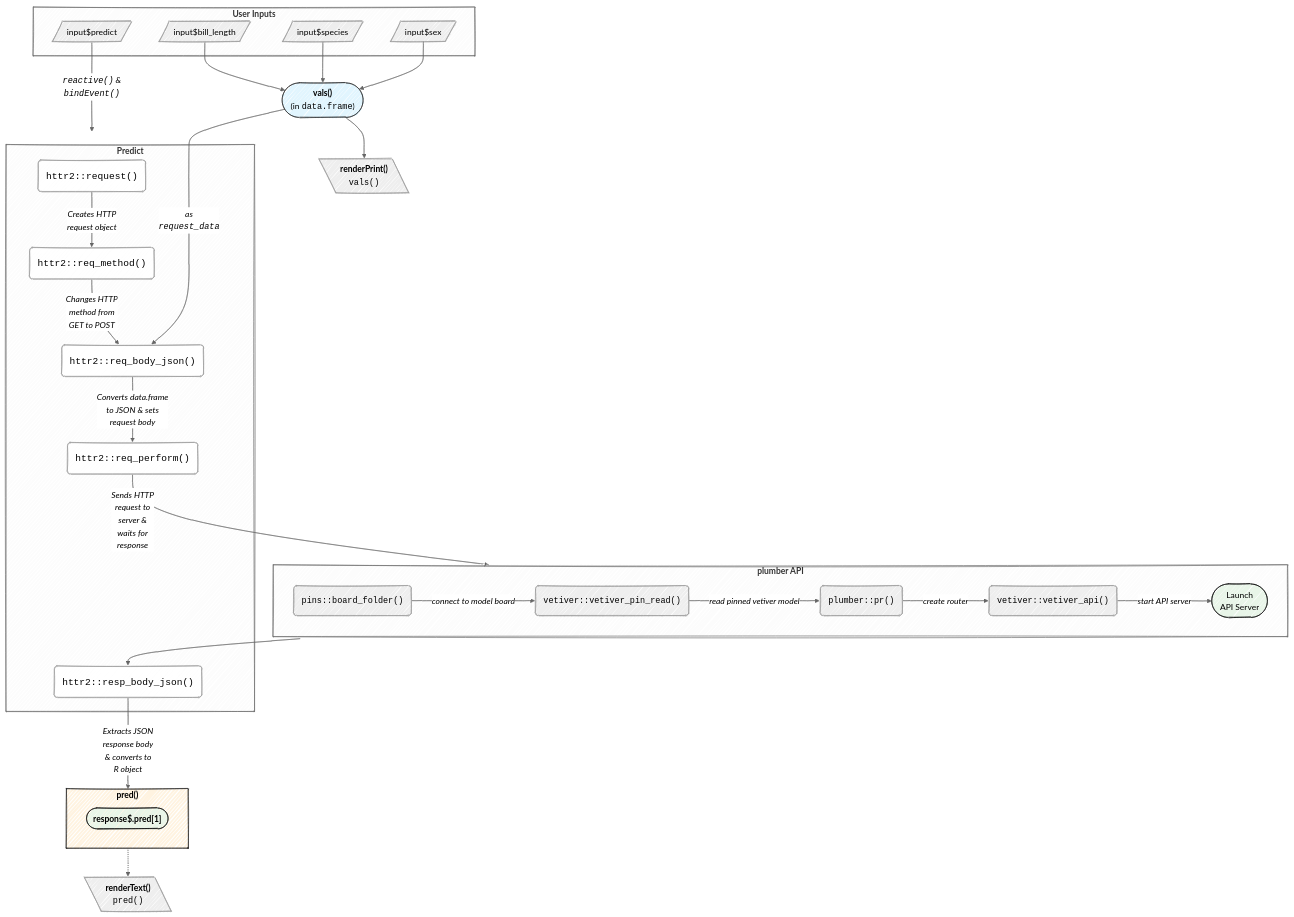
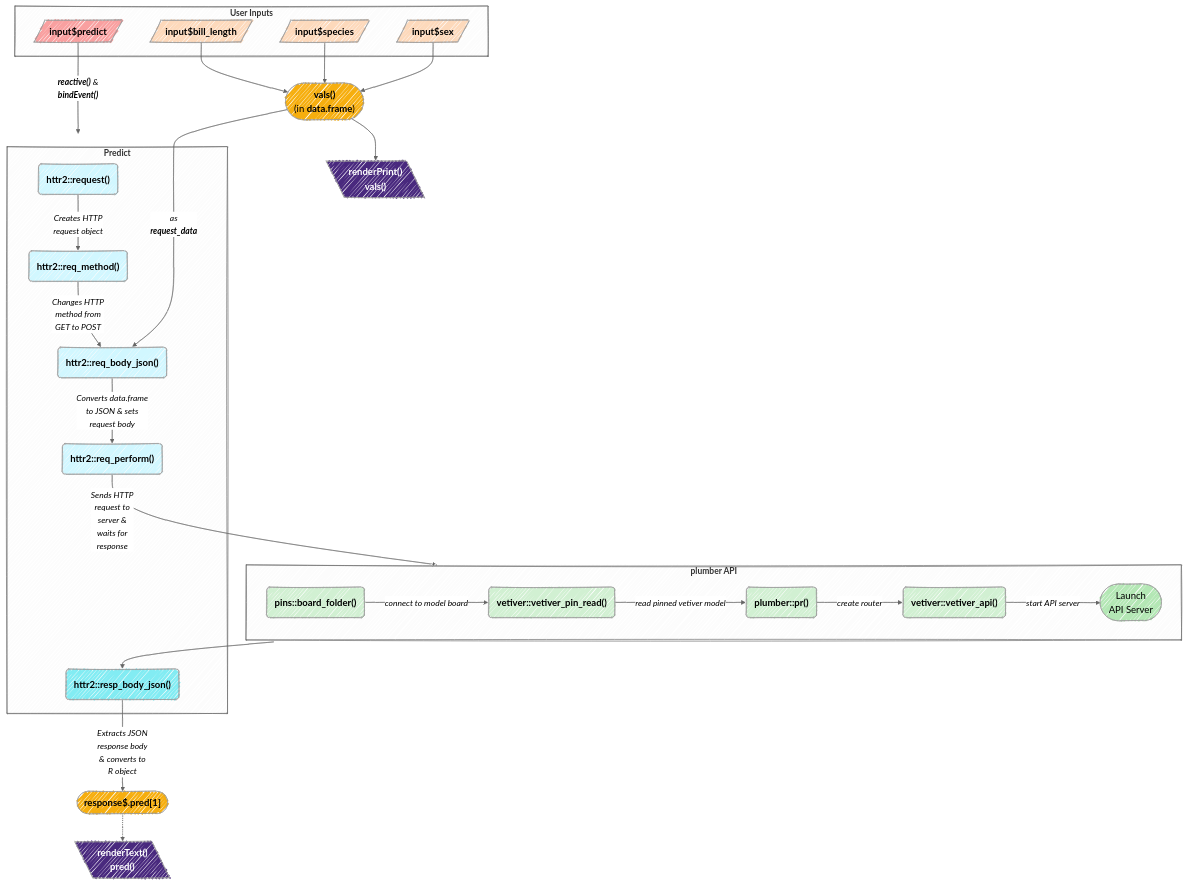
Before and after one commit to mjfrigaard/do4ds-labs: the first of 3 diagrams in app-log-r.qmd, drawn with Mermaid. The commit also changed other lines of this file and 34 other files, not shown here.

Commit message:
updates to mermaid

````diff
--- a/app-log-r.qmd
+++ b/app-log-r.qmd
@@ -41,67 +41,81 @@
 ```{mermaid}
 %%| fig-cap: 'Shiny R App and plumber API'
 %%| fig-align: center
 %%{init: {'theme': 'neutral', 'look': 'handDrawn', 'themeVariables': { 'fontFamily': 'monospace'}}}%%
 
 graph TD
     subgraph Inputs["<strong>User Inputs</strong>"]
-    I1[/"input$bill_length"/]
-    I2[/"input$species"/]
-    I3[/"input$sex"/]
-    I4[/"input$predict"/]
+    I1[/"<strong>input$bill_length</strong>"/]
+    I2[/"<strong>input$species</strong>"/]
+    I3[/"<strong>input$sex</strong>"/]
+    I4[/"<strong>input$predict</strong>"/]
     end
+    
+    %% Style for inputs %%
+    style I1 fill:#fdd9bb,color:#000,font-size:18px
+    style I2 fill:#fdd9bb,color:#000,font-size:18px
+    style I3 fill:#fdd9bb,color:#000,font-size:18px
+    style I4 fill:#f9a0a0,color:#000,font-size:18px
+    
 
     subgraph API["<strong>plumber API</strong>"]
-      ModBoard("<code>pins::board_folder()</code>")
-      ModPin("<code>vetiver::vetiver_pin_read()</code>")
-      ModRout("<code>plumber::pr()</code>") 
-      ModApi("<code>vetiver::vetiver_api()</code>") 
+      ModBoard("<strong>pins::board_folder()</strong>")
+      ModPin("<strong>vetiver::vetiver_pin_read()</strong>")
+      ModRout("<strong>plumber::pr()</strong>") 
+      ModApi("<strong>vetiver::vetiver_api()</strong>") 
       ApiServ(["Launch<br>API Server"])
       ModBoard --"<em>connect to model board</em>"--> ModPin 
       ModPin --"<em>read pinned vetiver model</em>"--> ModRout 
       ModRout --"<em>create router</em>"--> ModApi 
       ModApi --"<em>start API server</em>"--> ApiServ
     end
 
+    %% Style for API %%
+    style ModBoard fill:#d1f0d2,color:#000,font-size:18px
+    style ModPin fill:#d1f0d2,color:#000,font-size:18px
+    style ModRout fill:#d1f0d2,color:#000,font-size:18px
+    style ModApi fill:#d1f0d2,color:#000,font-size:18px
+    style ApiServ fill:#b3e7b4,font-size:18px
+
     subgraph Pred["<strong>Predict</strong>"]
-        Req("<code>httr2::request()</code>") --"<em>Creates HTTP<br>request object</em>"--> Meth("<code>httr2::req_method()</code>")
-        Meth --"<em>Changes HTTP<br>method from<br>GET to POST</em>"--> BodyJson1("<code>httr2::req_body_json()</code>")
-        BodyJson1 --"<em>Converts data.frame<br>to JSON & sets<br>request body</em>"--> Perform("<code>httr2::req_perform()</code>")
-        BodyJson2("<code>httr2::resp_body_json()</code>")
+        Req("<strong>httr2::request()</strong>") --"<em>Creates HTTP<br>request object</em>"--> Meth("<strong>httr2::req_method()</strong>")
+        Meth --"<em>Changes HTTP<br>method from<br>GET to POST</em>"--> BodyJson1("<strong>httr2::req_body_json()</strong>")
+        BodyJson1 --"<em>Converts data.frame<br>to JSON & sets<br>request body</em>"--> Perform("<strong>httr2::req_perform()</strong>")
+        BodyJson2("<strong>httr2::resp_body_json()</strong>")
     end
+
+    %% Style for httr2 %%
+    style Req fill:#d1f7ff,color:#000,rx:20,ry:20,font-size:18px
+    style Meth fill:#d1f7ff,color:#000,rx:20,ry:20,font-size:18px
+    style BodyJson1 fill:#d1f7ff,color:#000,rx:20,ry:20,font-size:18px
+    style Perform fill:#d1f7ff,color:#000,rx:20,ry:20,font-size:18px
+    style BodyJson2 fill:#82ecf3,color:#000,rx:20,ry:20,font-size:18px
 
     Perform --"<em>Sends HTTP<br>request to<br>server &<br>waits for<br>response</em>"--> API 
     API --> BodyJson2
+   
+    Res(["<strong>response$.pred[1]</strong>"])
+    ValsReact(["<strong>vals()</strong><br>(in <strong>data.frame</strong>)"])
 
+    %% Style for reactives %%
+    style Res fill:#f6ae0e,color:#000,font-size:18px
+    style ValsReact fill:#f6ae0e,color:#000,font-size:18px
 
-    subgraph PredReact["<strong>pred()</strong>"]
-        Res(["<strong>response$.pred[1]</strong>"])
-    end
-    
-    ValsReact(["<strong>vals()</strong><br>(in <code>data.frame</code>)"])
-    BodyJson2 --"<em>Extracts JSON<br>response body<br>& converts to<br>R object</em>"--> PredReact
+    BodyJson2 --"<em>Extracts JSON<br>response body<br>& converts to<br>R object</em>"--> Res
     
     I1 --> ValsReact
     I2 --> ValsReact
     I3 --> ValsReact
-    I4 --"<em><code>reactive()</code> & <br><code>bindEvent()</code></em>"---> Pred
+    I4 --"<em><strong>reactive()</strong> & <br><strong>bindEvent()</strong></em>"---> Pred
     
-    ValsReact --"<em>as<br><code>request_data</code></em>"--> BodyJson1
-    ValsReact --> RenPrnt[\"<strong>renderPrint()</strong><br><code>vals()</code>"\]
-    PredReact -.-> RenTxt[\"<strong>renderText()</strong><br><code>pred()</code>"\]
+    ValsReact --"<em>as<br><strong>request_data</strong></em>"--> BodyJson1
+    
+    ValsReact --> RenPrnt[\"<strong>renderPrint()</strong><br><strong>vals()</strong>"\]
+    Res -.-> RenTxt[\"<strong>renderText()</strong><br><strong>pred()</strong>"\]
+    
+    style RenTxt fill:#49297e,color:#fff,font-size:18px
+    style RenPrnt fill:#49297e,color:#fff,font-size:18px
 
-    %% Style for functions %%
-    style Req fill:#FFF,color:#000,rx:20,ry:20,font-size:18px
-    style Meth fill:#FFF,color:#000,rx:20,ry:20,font-size:18px
-    style BodyJson1 fill:#FFF,color:#000,rx:20,ry:20,font-size:18px
-    style Perform fill:#FFF,color:#000,rx:20,ry:20,font-size:18px
-    style BodyJson2 fill:#FFF,color:#000,rx:20,ry:20,font-size:18px
+
     
-    %% Style for reactives %%
-    style ValsReact fill:#e1f5fe,stroke:#000,color:#000,stroke-width:1px,rx:10,ry:10,font-size:16px
-    style PredReact fill:#fff3e0,stroke:#000,color:#000,stroke-width:1px,rx:10,ry:10,font-size:16px
-    
-    %% Style for result %%
-    style ApiServ fill:#e8f5e8,stroke:#000,color:#000
-    style Res fill:#e8f5e8,stroke:#000,color:#000
 ```
````
